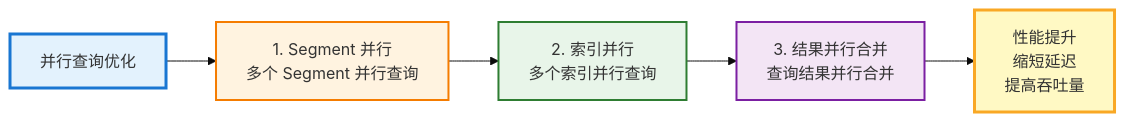
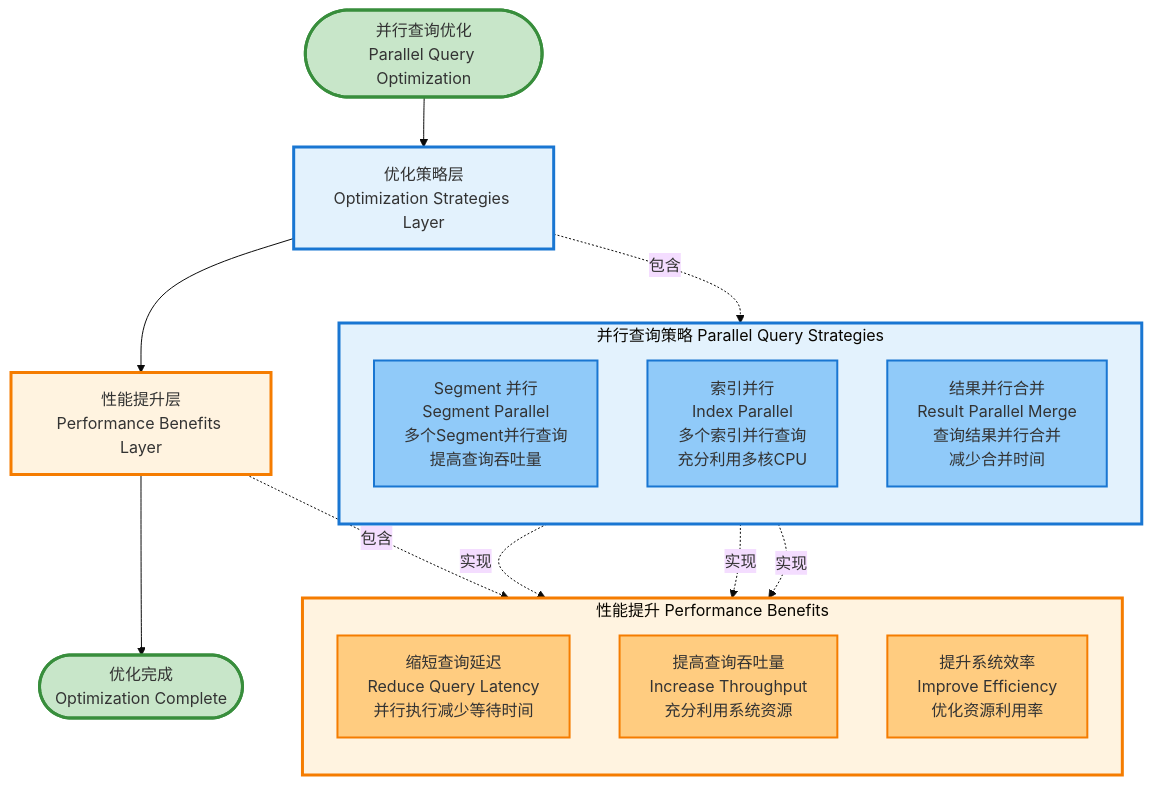
One commit to zhouzhilong-commits/zhouzhilong-commits.github.io changed diagram 20 of 25 in _posts/2025-06-11-indexlib-4-query-flow.md. Above: the diagram before and after it, drawn with Mermaid (base theme). The commit also changed other lines of this file and 19 other files, not shown here.

````diff
--- a/_posts/2025-06-11-indexlib-4-query-flow.md
+++ b/_posts/2025-06-11-indexlib-4-query-flow.md
@@ -1741,13 +1741,42 @@
 ```mermaid
-flowchart LR
-    Start[并行查询优化] --> P1[1. Segment 并行<br/>多个 Segment 并行查询]
-    P1 --> P2[2. 索引并行<br/>多个索引并行查询]
-    P2 --> P3[3. 结果并行合并<br/>查询结果并行合并]
-    P3 --> Benefit[性能提升<br/>缩短延迟<br/>提高吞吐量]
+flowchart TB
+    Start([并行查询优化<br/>Parallel Query Optimization]) --> StrategyLayer[优化策略层<br/>Optimization Strategies Layer]
     
-    style Start fill:#e3f2fd,stroke:#1976d2,stroke-width:3px
-    style P1 fill:#fff3e0,stroke:#f57c00,stroke-width:2px
-    style P2 fill:#e8f5e9,stroke:#2e7d32,stroke-width:2px
-    style P3 fill:#f3e5f5,stroke:#7b1fa2,stroke-width:2px
-    style Benefit fill:#fff9c4,stroke:#f9a825,stroke-width:3px
+    subgraph StrategyGroup["并行查询策略 Parallel Query Strategies"]
+        direction TB
+        S1[Segment 并行<br/>Segment Parallel<br/>多个Segment并行查询<br/>提高查询吞吐量]
+        S2[索引并行<br/>Index Parallel<br/>多个索引并行查询<br/>充分利用多核CPU]
+        S3[结果并行合并<br/>Result Parallel Merge<br/>查询结果并行合并<br/>减少合并时间]
+    end
+    
+    StrategyLayer --> BenefitLayer[性能提升层<br/>Performance Benefits Layer]
+    
+    subgraph BenefitGroup["性能提升 Performance Benefits"]
+        direction TB
+        B1[缩短查询延迟<br/>Reduce Query Latency<br/>并行执行减少等待时间]
+        B2[提高查询吞吐量<br/>Increase Throughput<br/>充分利用系统资源]
+        B3[提升系统效率<br/>Improve Efficiency<br/>优化资源利用率]
+    end
+    
+    BenefitLayer --> End([优化完成<br/>Optimization Complete])
+    
+    StrategyLayer -.->|包含| StrategyGroup
+    BenefitLayer -.->|包含| BenefitGroup
+    
+    S1 -.->|实现| B1
+    S2 -.->|实现| B2
+    S3 -.->|实现| B3
+    
+    style Start fill:#c8e6c9,stroke:#388e3c,stroke-width:3px
+    style End fill:#c8e6c9,stroke:#388e3c,stroke-width:3px
+    style StrategyLayer fill:#e3f2fd,stroke:#1976d2,stroke-width:3px
+    style BenefitLayer fill:#fff3e0,stroke:#f57c00,stroke-width:3px
+    style StrategyGroup fill:#e3f2fd,stroke:#1976d2,stroke-width:3px
+    style S1 fill:#90caf9,stroke:#1976d2,stroke-width:2px
+    style S2 fill:#90caf9,stroke:#1976d2,stroke-width:2px
+    style S3 fill:#90caf9,stroke:#1976d2,stroke-width:2px
+    style BenefitGroup fill:#fff3e0,stroke:#f57c00,stroke-width:3px
+    style B1 fill:#ffcc80,stroke:#f57c00,stroke-width:2px
+    style B2 fill:#ffcc80,stroke:#f57c00,stroke-width:2px
+    style B3 fill:#ffcc80,stroke:#f57c00,stroke-width:2px
 ```
````
